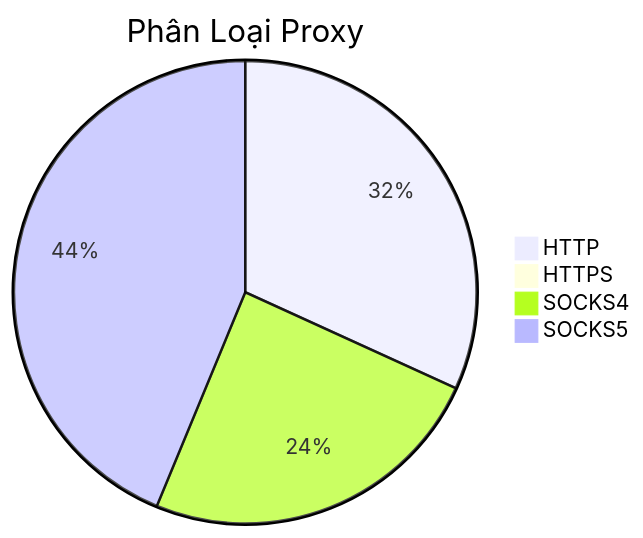
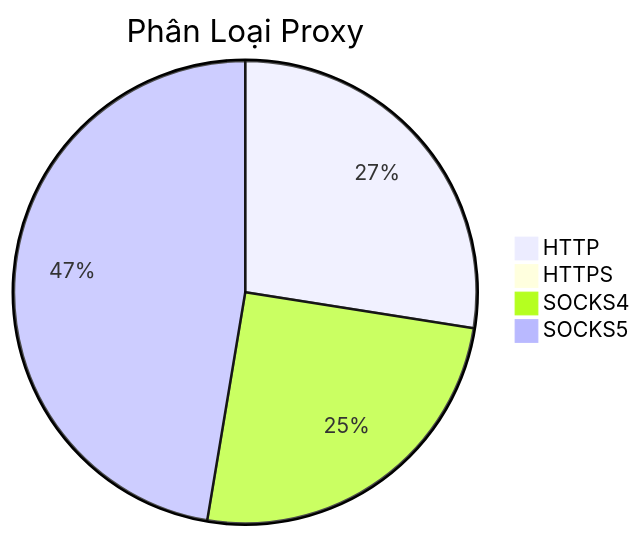
Before and after one commit to Ciara-Aa/PROXY-free: the diagram in README.md, drawn with Mermaid. The commit also changed other lines of this file and 3 other files, not shown here.

````diff
--- a/README.md
+++ b/README.md
@@ -26,7 +26,7 @@
 ```mermaid
 pie title Phân Loại Proxy
-    "HTTP" : 237
+    "HTTP" : 188
     "HTTPS" : 0
-    "SOCKS4" : 182
-    "SOCKS5" : 326
+    "SOCKS4" : 172
+    "SOCKS5" : 324
 ```
````
